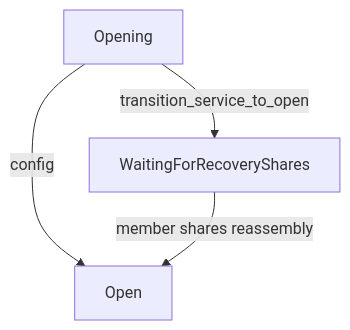
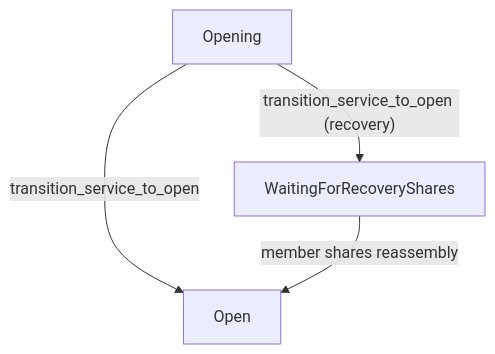
One commit to microsoft/CCF changed the diagram in doc/audit/builtin_maps.rst. Above: the diagram before and after it, drawn with Mermaid.

```diff
--- a/doc/audit/builtin_maps.rst
+++ b/doc/audit/builtin_maps.rst
@@ -169,6 +169,6 @@
 .. mermaid::
 
     graph TB;
-        Opening-- config -->Open;
-        Opening-- transition_service_to_open-->WaitingForRecoveryShares;
+        Opening-- transition_service_to_open -->Open;
+        Opening-- transition_service_to_open (recovery)-->WaitingForRecoveryShares;
         WaitingForRecoveryShares -- member shares reassembly--> Open;
```
